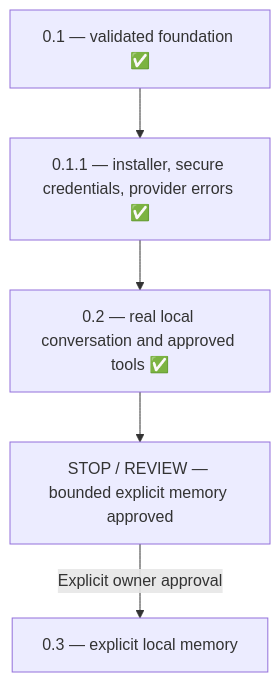
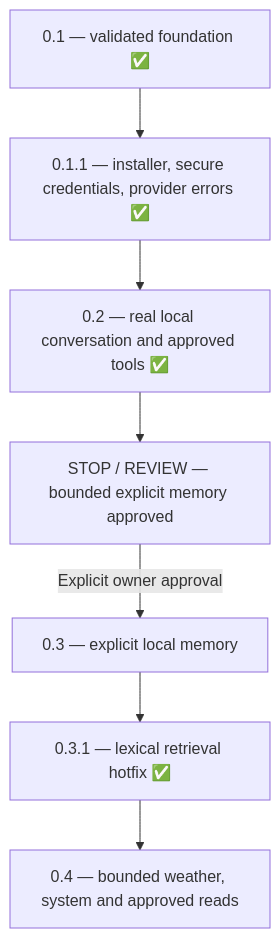
Before and after one commit to Google-Stein/KAT: the diagram in docs/ROADMAP.md, drawn with Mermaid. The commit also changed other lines of this file and 10 other files, not shown here.

````diff
--- a/docs/ROADMAP.md
+++ b/docs/ROADMAP.md
@@ -7,7 +8,9 @@
 ```mermaid
 flowchart TD
   Foundation["0.1 — validated foundation ✅"] --> Installed["0.1.1 — installer, secure credentials, provider errors ✅"]
   Installed --> Local["0.2 — real local conversation and approved tools ✅"]
   Local --> Review["STOP / REVIEW — bounded explicit memory approved"]
   Review -->|"Explicit owner approval"| Intelligence["0.3 — explicit local memory"]
+  Intelligence --> Retrieval["0.3.1 — lexical retrieval hotfix ✅"]
+  Retrieval --> Capabilities["0.4 — bounded weather, system and approved reads"]
 ```
````
